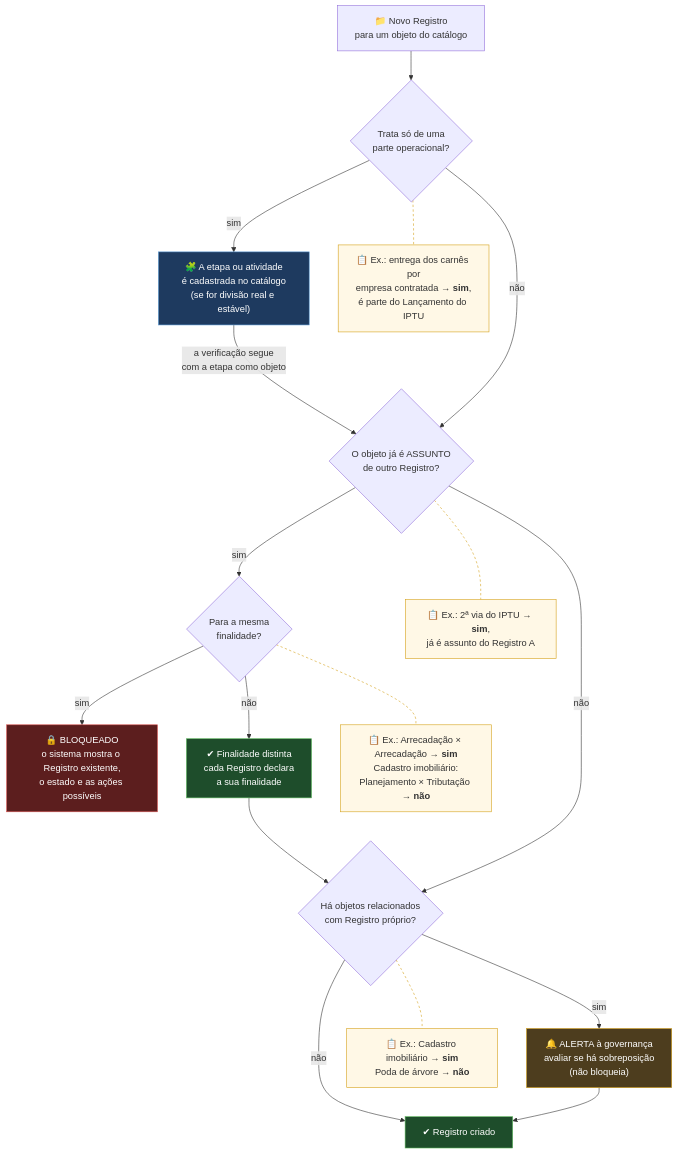
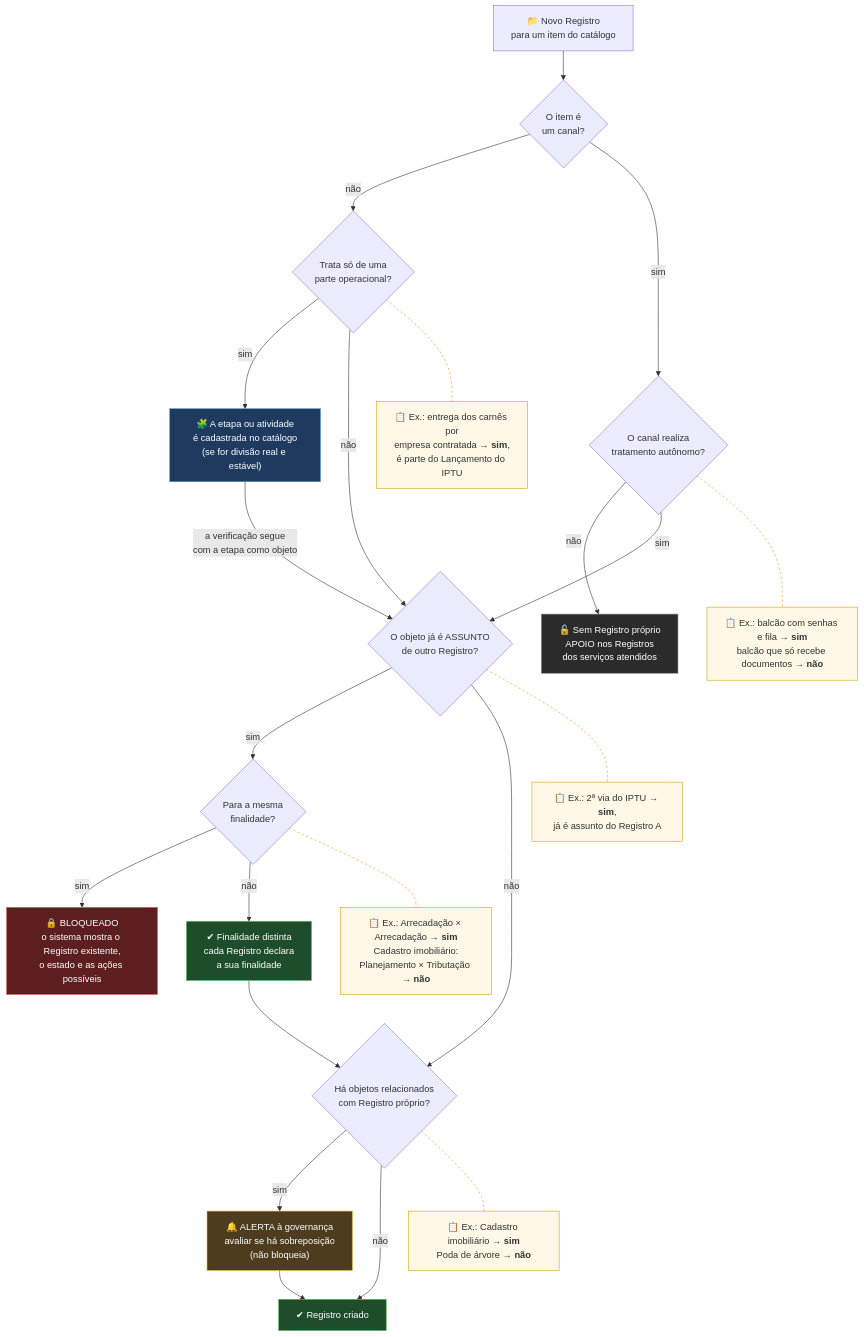
Before and after one commit to ailtonfv/governanca-lgpd-hortolandia: the ninth of 9 diagrams in README.md, drawn with Mermaid. The commit also changed other lines of this file, not shown here.

Commit message:
README: situacao normativa x PoC, canal no fluxo, G11

````diff
--- a/README.md
+++ b/README.md
@@ -273,31 +291,38 @@
 ```mermaid
 flowchart TD
-    N["📁 Novo Registro<br/>para um objeto do catálogo"] --> P{"Trata só de uma<br/>parte operacional?"}
+    N["📁 Novo Registro<br/>para um item do catálogo"] --> C0{"O item é<br/>um canal?"}
+    C0 -- "não" --> P{"Trata só de uma<br/>parte operacional?"}
+    C0 -- "sim" --> CA{"O canal realiza<br/>tratamento autônomo?"}
+    CA -- "não" --> APO["🔓 Sem Registro próprio<br/>APOIO nos Registros<br/>dos serviços atendidos"]
+    CA -- "sim" --> Q1
     P -- "sim" --> ET["🧩 A etapa ou atividade<br/>é cadastrada no catálogo<br/>(se for divisão real e estável)"]
     ET -- "a verificação segue<br/>com a etapa como objeto" --> Q1
     P -- "não" --> Q1{"O objeto já é ASSUNTO<br/>de outro Registro?"}
     Q1 -- "sim" --> Q2{"Para a mesma<br/>finalidade?"}
     Q2 -- "sim" --> BL["🔒 BLOQUEADO<br/>o sistema mostra o Registro existente,<br/>o estado e as ações possíveis"]
     Q2 -- "não" --> OK2["✔ Finalidade distinta<br/>cada Registro declara<br/>a sua finalidade"]
     OK2 --> Q3
     Q1 -- "não" --> Q3{"Há objetos relacionados<br/>com Registro próprio?"}
     Q3 -- "sim" --> AL["🔔 ALERTA à governança<br/>avaliar se há sobreposição<br/>(não bloqueia)"]
     Q3 -- "não" --> OK["✔ Registro criado"]
     AL --> OK
     XP["📋 Ex.: entrega dos carnês por<br/>empresa contratada → <b>sim</b>,<br/>é parte do Lançamento do IPTU"]
     XQ1["📋 Ex.: 2ª via do IPTU → <b>sim</b>,<br/>já é assunto do Registro A"]
     XQ2["📋 Ex.: Arrecadação × Arrecadação → <b>sim</b><br/>Cadastro imobiliário:<br/>Planejamento × Tributação → <b>não</b>"]
     XQ3["📋 Ex.: Cadastro imobiliário → <b>sim</b><br/>Poda de árvore → <b>não</b>"]
+    XC["📋 Ex.: balcão com senhas e fila → <b>sim</b><br/>balcão que só recebe documentos → <b>não</b>"]
     P -.- XP
     Q1 -.- XQ1
     Q2 -.- XQ2
     Q3 -.- XQ3
+    CA -.- XC
     style BL fill:#5c1e1e,stroke:#d9534f,color:#fff
     style OK fill:#1e4d2b,stroke:#5cb85c,color:#fff
     style OK2 fill:#1e4d2b,stroke:#5cb85c,color:#fff
     style AL fill:#4d3d1e,stroke:#d4a017,color:#fff
     style ET fill:#1e3a5f,stroke:#5b9bd5,color:#fff
     classDef ex fill:#fff8e6,stroke:#d4a017,color:#333
-    class XP,XQ1,XQ2,XQ3 ex
-    linkStyle 12,13,14,15 stroke:#d4a017,stroke-dasharray:4
+    class XP,XQ1,XQ2,XQ3,XC ex
+    style APO fill:#2b2b2b,stroke:#888,color:#fff
+    linkStyle 16,17,18,19,20 stroke:#d4a017,stroke-dasharray:4
 ```
````
